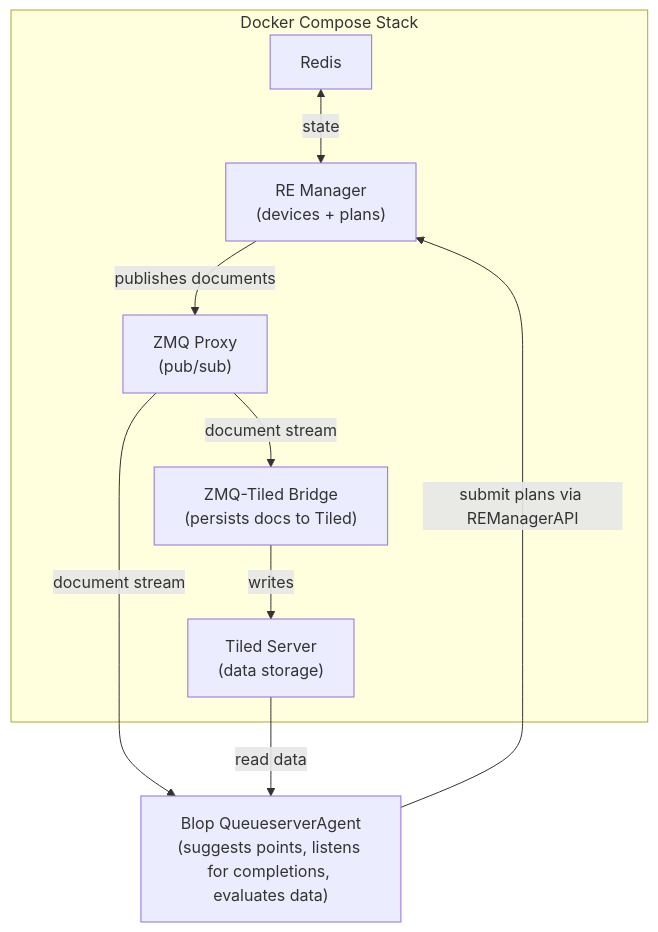
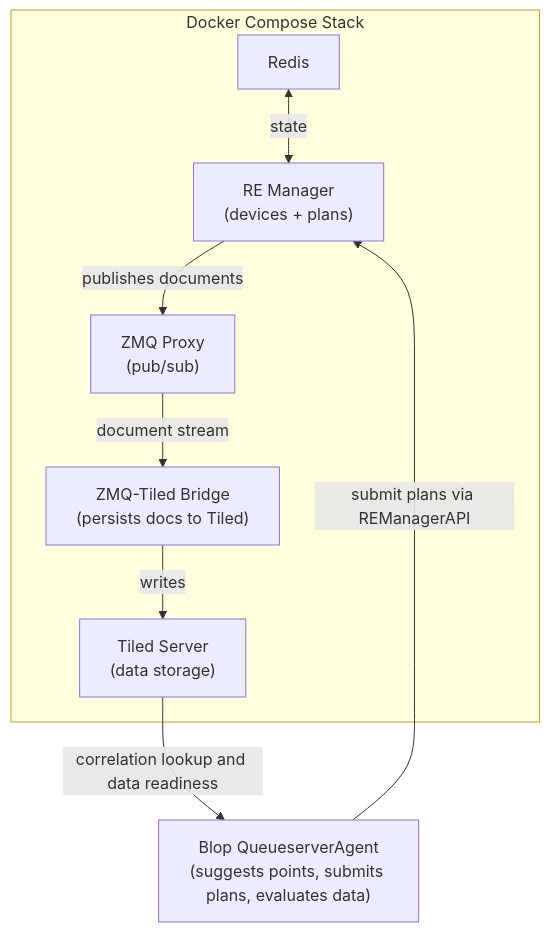
Before and after one commit to bluesky/blop: the diagram in docs/source/tutorials/queueserver.md, drawn with Mermaid. The commit also changed other lines of this file and 8 other files, not shown here.

````diff
--- a/docs/source/tutorials/queueserver.md
+++ b/docs/source/tutorials/queueserver.md
@@ -34,21 +34,20 @@
 ```{mermaid}
 flowchart
     subgraph docker["Docker Compose Stack"]
         redis["Redis"]
         rem["RE Manager<br/>(devices + plans)"]
         zmqp["ZMQ Proxy<br/>(pub/sub)"]
         bridge["ZMQ-Tiled Bridge<br/>(persists docs to Tiled)"]
         tiled["Tiled Server<br/>(data storage)"]
 
         redis <-->|state| rem
         rem -->|publishes documents| zmqp
         zmqp -->|document stream| bridge
         bridge -->|writes| tiled
     end
 
-    agent["Blop QueueserverAgent<br/>(suggests points, listens for completions, evaluates data)"]
+    agent["Blop QueueserverAgent<br/>(suggests points, submits plans, evaluates data)"]
 
     agent -->|submit plans via REManagerAPI| rem
-    zmqp -->|document stream| agent
-    tiled -->|read data| agent
+    tiled -->|correlation lookup and data readiness| agent
 ```
````
